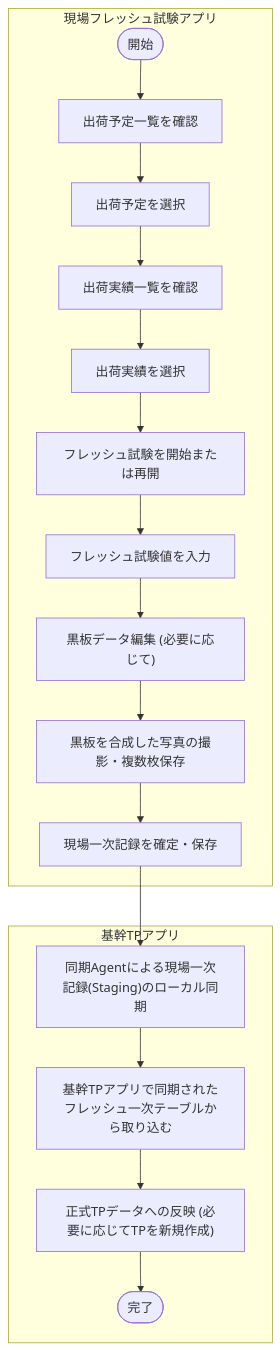
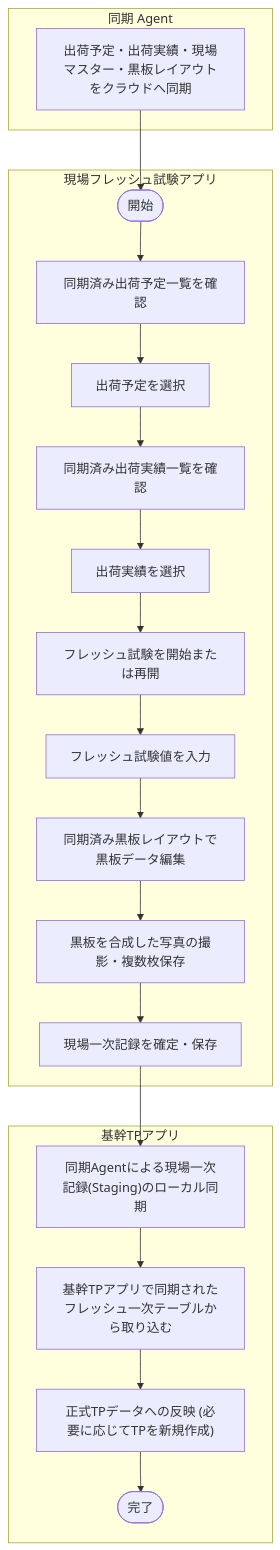
One commit to sakku0039/FieldTester changed the second of 11 diagrams in docs/Labonity用現場試験アプリ_設計書_v1.0.md. Above: the diagram before and after it, drawn with Mermaid. The commit also changed other lines of this file, not shown here.

````diff
--- a/docs/Labonity用現場試験アプリ_設計書_v1.0.md
+++ b/docs/Labonity用現場試験アプリ_設計書_v1.0.md
@@ -110,23 +118,28 @@
 ```mermaid
 flowchart TD
+    subgraph 基幹データ同期["同期 Agent"]
+        S0["出荷予定・出荷実績・現場マスター・黒板レイアウトをクラウドへ同期"]
+    end
+
     subgraph 現場アプリ["現場フレッシュ試験アプリ"]
-        A([開始]) --> B["出荷予定一覧を確認"]
+        A([開始]) --> B["同期済み出荷予定一覧を確認"]
         B --> C["出荷予定を選択"]
-        C --> D["出荷実績一覧を確認"]
+        C --> D["同期済み出荷実績一覧を確認"]
         D --> E["出荷実績を選択"]
         E --> F["フレッシュ試験を開始または再開"]
         F --> G["フレッシュ試験値を入力"]
-        G --> H["黒板データ編集 (必要に応じて)"]
+        G --> H["同期済み黒板レイアウトで黒板データ編集"]
         H --> I["黒板を合成した写真の撮影・複数枚保存"]
         I --> J["現場一次記録を確定・保存"]
     end
 
     subgraph 基幹システム["基幹TPアプリ"]
         K["同期Agentによる現場一次記録(Staging)のローカル同期"]
         K --> L["基幹TPアプリで同期されたフレッシュ一次テーブルから取り込む"]
         L --> M["正式TPデータへの反映 (必要に応じてTPを新規作成)"]
         M --> N([完了])
     end
 
+    S0 --> A
     J --> K
 ```
````
